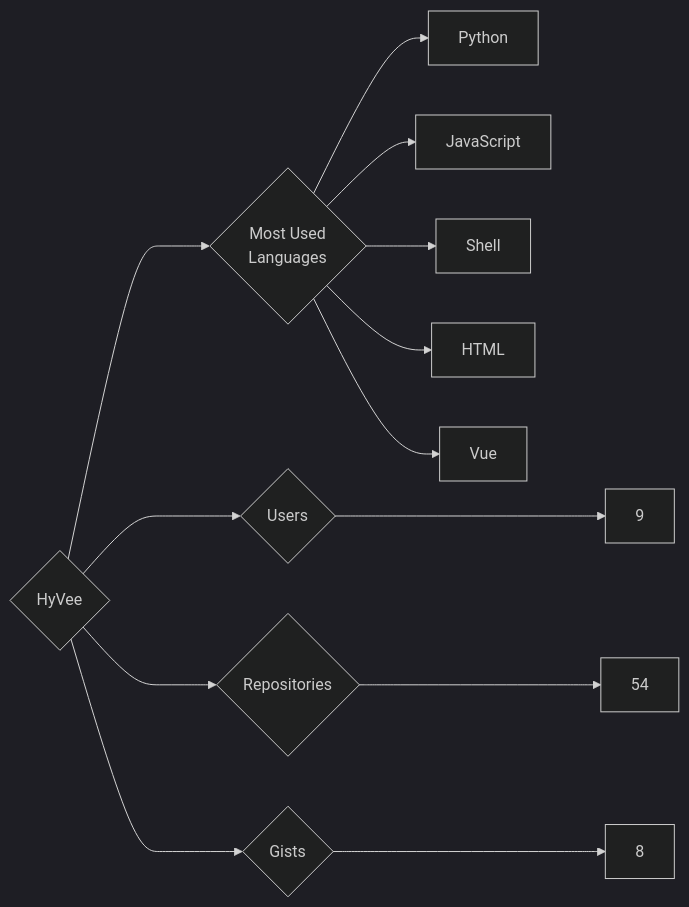
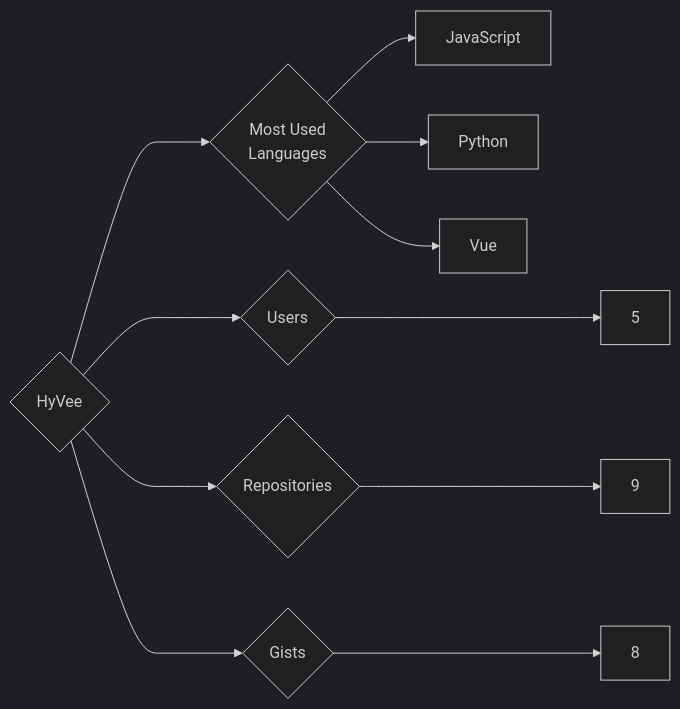
One commit to trickest/insiders changed the diagram in targets/HyVee/README.md. Above: the diagram before and after it, drawn with Mermaid (dark theme). The commit also changed 715 other files, not shown here.

````diff
--- a/targets/HyVee/README.md
+++ b/targets/HyVee/README.md
@@ -3,13 +3,11 @@
 ```mermaid
 graph LR
 COMPANY_NAME{HyVee}
-COMPANY_NAME ---> U{Users} ---> UN[9]
-COMPANY_NAME ---> R{Repositories} ---> RN[54]
+COMPANY_NAME ---> U{Users} ---> UN[5]
+COMPANY_NAME ---> R{Repositories} ---> RN[9]
 COMPANY_NAME ---> G{Gists} ---> GN[8]
 COMPANY_NAME ---> ML{Most Used<br>Languages}
+ML --> JavaScript[JavaScript]
 ML --> Python[Python]
-ML --> JavaScript[JavaScript]
-ML --> Shell[Shell]
-ML --> HTML[HTML]
 ML --> Vue[Vue]
 ```
````
